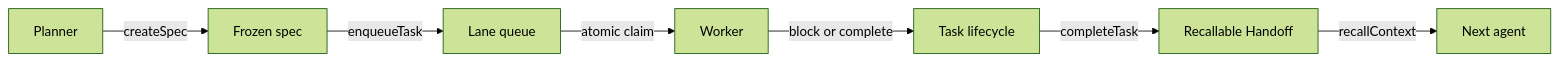
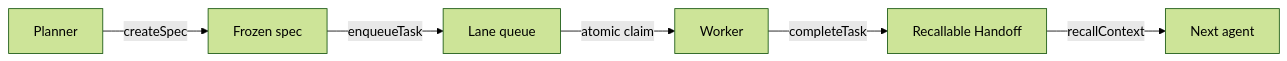
Before and after one commit to nathanmauro/black-box: the diagram in README.md, drawn with Mermaid (forest theme). The commit also changed other lines of this file and 25 other files, not shown here.

````diff
--- a/README.md
+++ b/README.md
@@ -39,9 +228,8 @@
 ```mermaid
 flowchart LR
     P[Planner] -->|createSpec| S[Frozen spec]
     S -->|enqueueTask| Q[Lane queue]
     Q -->|atomic claim| W[Worker]
-    W -->|block or complete| T[Task lifecycle]
-    T -->|completeTask| H[Recallable Handoff]
+    W -->|completeTask| H[Recallable Handoff]
     H -->|recallContext| N[Next agent]
 ```
````
